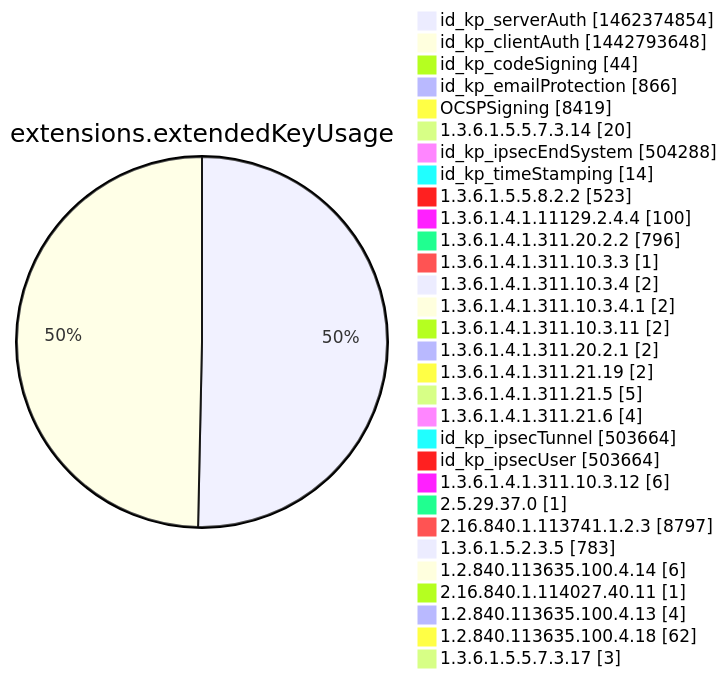
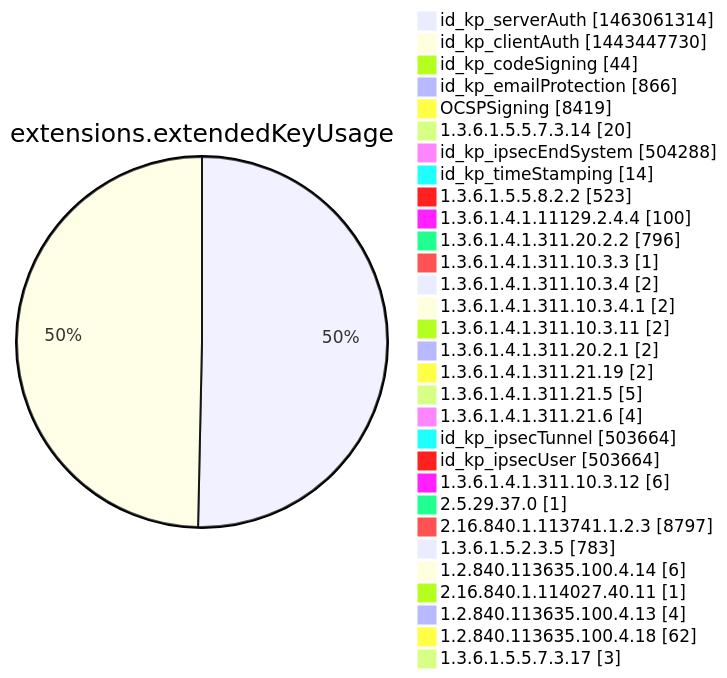
Before and after one commit to christiankrug/ctmonitor_visualization: diagram 12 of 15 in argon2022/README.md, drawn with Mermaid. The commit also changed other lines of this file, not shown here.

````diff
--- a/argon2022/README.md
+++ b/argon2022/README.md
@@ -3555,34 +3555,34 @@
 ```mermaid
 pie showData
 title extensions.extendedKeyUsage
-"id_kp_serverAuth" :1462374854
-"id_kp_clientAuth" :1442793648
+"id_kp_serverAuth" :1463061314
+"id_kp_clientAuth" :1443447730
 "id_kp_codeSigning" :44
 "id_kp_emailProtection" :866
 "OCSPSigning" :8419
 "1.3.6.1.5.5.7.3.14" :20
 "id_kp_ipsecEndSystem" :504288
 "id_kp_timeStamping" :14
 "1.3.6.1.5.5.8.2.2" :523
 "1.3.6.1.4.1.11129.2.4.4" :100
 "1.3.6.1.4.1.311.20.2.2" :796
 "1.3.6.1.4.1.311.10.3.3" :1
 "1.3.6.1.4.1.311.10.3.4" :2
 "1.3.6.1.4.1.311.10.3.4.1" :2
 "1.3.6.1.4.1.311.10.3.11" :2
 "1.3.6.1.4.1.311.20.2.1" :2
 "1.3.6.1.4.1.311.21.19" :2
 "1.3.6.1.4.1.311.21.5" :5
 "1.3.6.1.4.1.311.21.6" :4
 "id_kp_ipsecTunnel" :503664
 "id_kp_ipsecUser" :503664
 "1.3.6.1.4.1.311.10.3.12" :6
 "2.5.29.37.0" :1
 "2.16.840.1.113741.1.2.3" :8797
 "1.3.6.1.5.2.3.5" :783
 "1.2.840.113635.100.4.14" :6
 "2.16.840.1.114027.40.11" :1
 "1.2.840.113635.100.4.13" :4
 "1.2.840.113635.100.4.18" :62
 "1.3.6.1.5.5.7.3.17" :3
 ```
````
